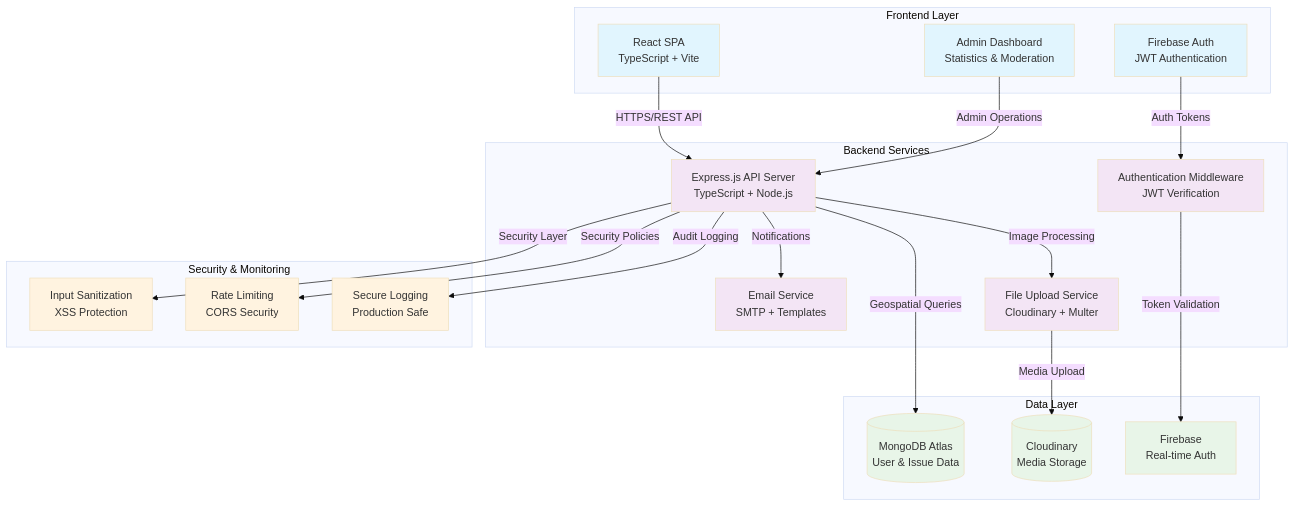
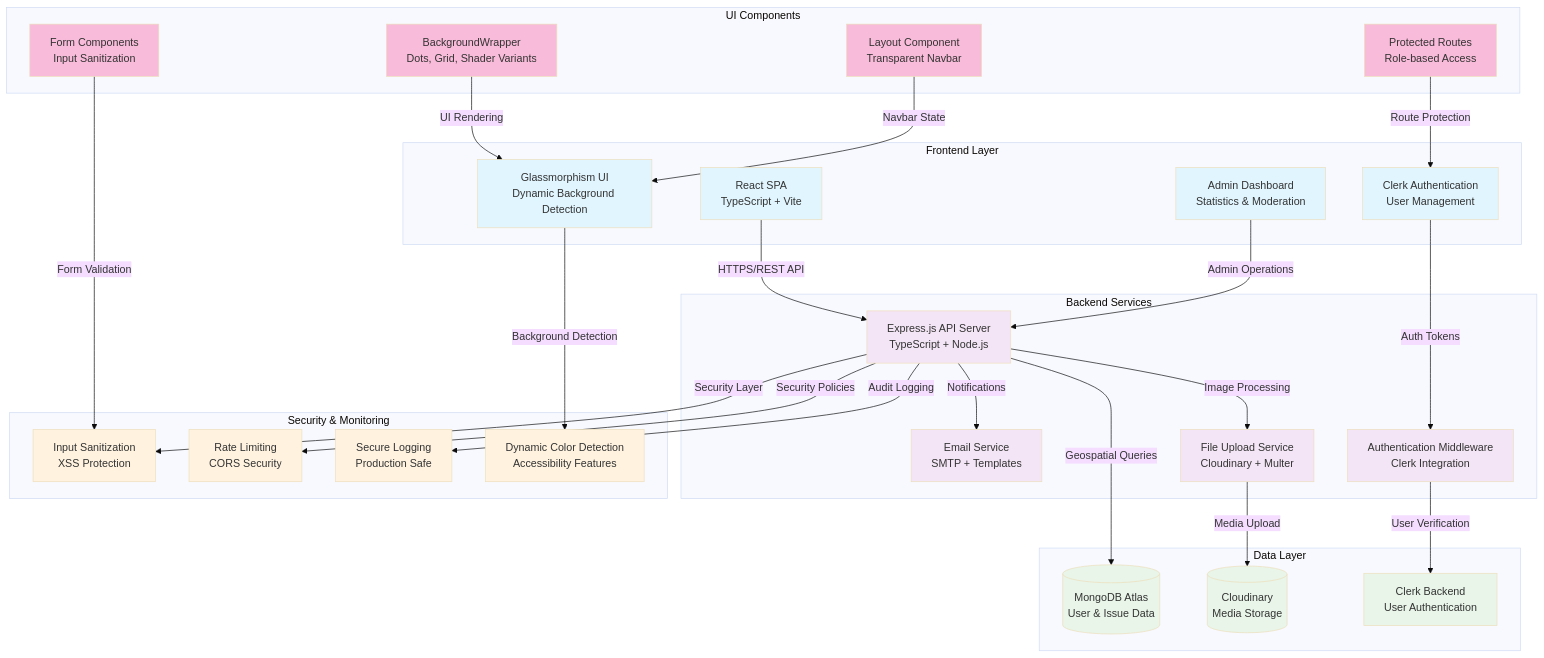
One commit to Rudra00codes/CivicTrack changed the diagram in README.md. Above: the diagram before and after it, drawn with Mermaid (base theme). The commit also changed other lines of this file, not shown here.

Commit message:
refactor: update authentication from Firebase to Clerk and enhance UI component descriptions

````diff
--- a/README.md
+++ b/README.md
@@ -57,49 +57,65 @@
 ```mermaid
 graph TB
     subgraph "Frontend Layer"
         A[React SPA<br/>TypeScript + Vite]
-        B[Firebase Auth<br/>JWT Authentication]
+        B[Clerk Authentication<br/>User Management]
         C[Admin Dashboard<br/>Statistics & Moderation]
+        D[Glassmorphism UI<br/>Dynamic Background Detection]
+    end
+    
+    subgraph "UI Components"
+        E[BackgroundWrapper<br/>Dots, Grid, Shader Variants]
+        F[Layout Component<br/>Transparent Navbar]
+        G[Protected Routes<br/>Role-based Access]
+        H[Form Components<br/>Input Sanitization]
     end
     
     subgraph "Backend Services"
-        D[Express.js API Server<br/>TypeScript + Node.js]
-        E[Email Service<br/>SMTP + Templates]
-        F[File Upload Service<br/>Cloudinary + Multer]
-        G[Authentication Middleware<br/>JWT Verification]
+        I[Express.js API Server<br/>TypeScript + Node.js]
+        J[Email Service<br/>SMTP + Templates]
+        K[File Upload Service<br/>Cloudinary + Multer]
+        L[Authentication Middleware<br/>Clerk Integration]
     end
     
     subgraph "Data Layer"
-        H[(MongoDB Atlas<br/>User & Issue Data)]
-        I[(Cloudinary<br/>Media Storage)]
-        J[Firebase<br/>Real-time Auth]
+        M[(MongoDB Atlas<br/>User & Issue Data)]
+        N[(Cloudinary<br/>Media Storage)]
+        O[Clerk Backend<br/>User Authentication]
     end
     
     subgraph "Security & Monitoring"
-        K[Input Sanitization<br/>XSS Protection]
-        L[Rate Limiting<br/>CORS Security]
-        M[Secure Logging<br/>Production Safe]
+        P[Input Sanitization<br/>XSS Protection]
+        Q[Rate Limiting<br/>CORS Security]
+        R[Secure Logging<br/>Production Safe]
+        S[Dynamic Color Detection<br/>Accessibility Features]
     end
     
-    A -->|HTTPS/REST API| D
-    B -->|Auth Tokens| G
-    C -->|Admin Operations| D
-    D -->|Geospatial Queries| H
-    D -->|Image Processing| F
-    F -->|Media Upload| I
-    D -->|Notifications| E
-    G -->|Token Validation| J
-    D -->|Security Layer| K
-    D -->|Security Policies| L
-    D -->|Audit Logging| M
+    A -->|HTTPS/REST API| I
+    B -->|Auth Tokens| L
+    C -->|Admin Operations| I
+    D -->|Background Detection| S
+    E -->|UI Rendering| D
+    F -->|Navbar State| D
+    G -->|Route Protection| B
+    H -->|Form Validation| P
+    I -->|Geospatial Queries| M
+    I -->|Image Processing| K
+    K -->|Media Upload| N
+    I -->|Notifications| J
+    L -->|User Verification| O
+    I -->|Security Layer| P
+    I -->|Security Policies| Q
+    I -->|Audit Logging| R
     
     classDef frontend fill:#e1f5fe
+    classDef ui fill:#f8bbd9
     classDef backend fill:#f3e5f5
     classDef database fill:#e8f5e8
     classDef security fill:#fff3e0
     
-    class A,B,C frontend
-    class D,E,F,G backend
-    class H,I,J database
-    class K,L,M security
+    class A,B,C,D frontend
+    class E,F,G,H ui
+    class I,J,K,L backend
+    class M,N,O database
+    class P,Q,R,S security
 ```
````
